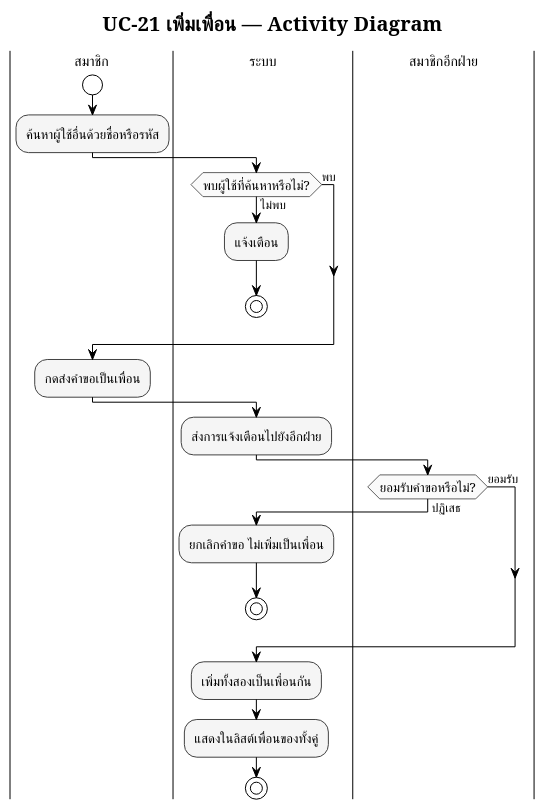
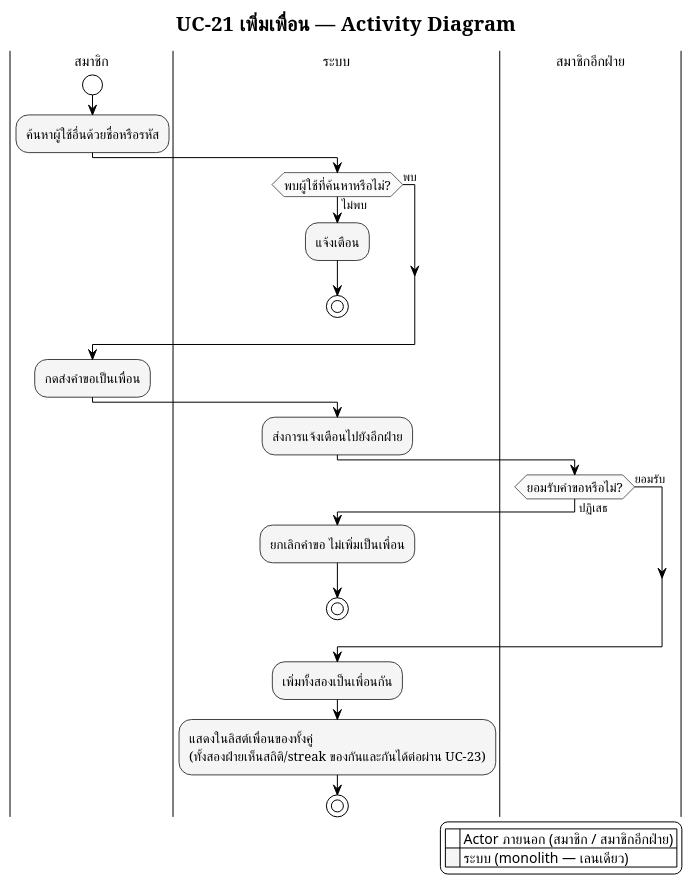
Before and after one commit to popotaroman-cloud/dssiprj-pad: the diagram in proposal/usecase/activity_module5_uc21.puml, drawn with PlantUML. The commit also changed 55 other files, not shown here.

```diff
--- a/proposal/usecase/activity_module5_uc21.puml
+++ b/proposal/usecase/activity_module5_uc21.puml
@@ -1,57 +1,67 @@
 @startuml M5_activity_เพิ่มเพื่อน
+' ══════════════════════════════════════════════════════════════════
+' รองรับภาษาไทย — บันทึกไฟล์นี้เป็น UTF-8 (ไม่ต้องมี BOM) เสมอ
+' บังคับใช้ Smetana (pure-Java layout engine) แทน Graphviz/dot
 !pragma layout smetana
 skinparam defaultFontName "TH Sarabun New"
 skinparam defaultFontSize 14
+' ══════════════════════════════════════════════════════════════════
 
 !theme plain
 skinparam titleFontName "TH Sarabun New"
 skinparam titleFontSize 20
 skinparam noteFontName "TH Sarabun New"
 skinparam ArrowFontName "TH Sarabun New"
 skinparam ArrowFontSize 12
 skinparam swimlaneTitleFontName "TH Sarabun New"
 skinparam swimlaneTitleFontSize 14
 
+' ===== Monochrome เท่านั้น — ไม่มี partition ไหนสีต่างจากที่อื่น =====
 skinparam activity {
   BackgroundColor #F5F5F5
   BorderColor #424242
   FontName "TH Sarabun New"
   FontSize 13
   DiamondBackgroundColor #FAFAFA
   DiamondBorderColor #616161
 }
 
 title UC-21 เพิ่มเพื่อน — Activity Diagram
 
 |สมาชิก|
 start
 :ค้นหาผู้ใช้อื่นด้วยชื่อหรือรหัส;
 
 |ระบบ|
 if (พบผู้ใช้ที่ค้นหาหรือไม่?) then (ไม่พบ)
   :แจ้งเตือน;
   stop
 else (พบ)
 endif
 
 |สมาชิก|
 :กดส่งคำขอเป็นเพื่อน;
 
 |ระบบ|
 :ส่งการแจ้งเตือนไปยังอีกฝ่าย;
 
 |สมาชิกอีกฝ่าย|
 if (ยอมรับคำขอหรือไม่?) then (ปฏิเสธ)
   |ระบบ|
   :ยกเลิกคำขอ ไม่เพิ่มเป็นเพื่อน;
   stop
 else (ยอมรับ)
 endif
 
 |ระบบ|
 :เพิ่มทั้งสองเป็นเพื่อนกัน;
-:แสดงในลิสต์เพื่อนของทั้งคู่;
+:แสดงในลิสต์เพื่อนของทั้งคู่\n(ทั้งสองฝ่ายเห็นสถิติ/streak ของกันและกันได้ต่อผ่าน UC-23);
 
 stop
 
+legend right
+  |<back:white>    </back>| Actor ภายนอก (สมาชิก / สมาชิกอีกฝ่าย) |
+  |<back:#F5F5F5>    </back>| ระบบ (monolith — เลนเดียว) |
+endlegend
+
 @enduml
```
